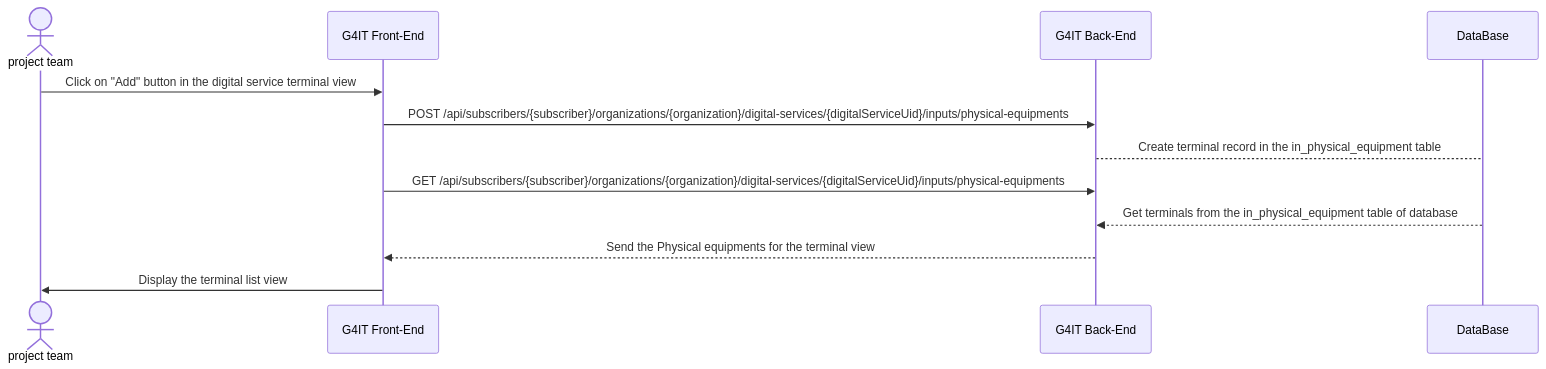
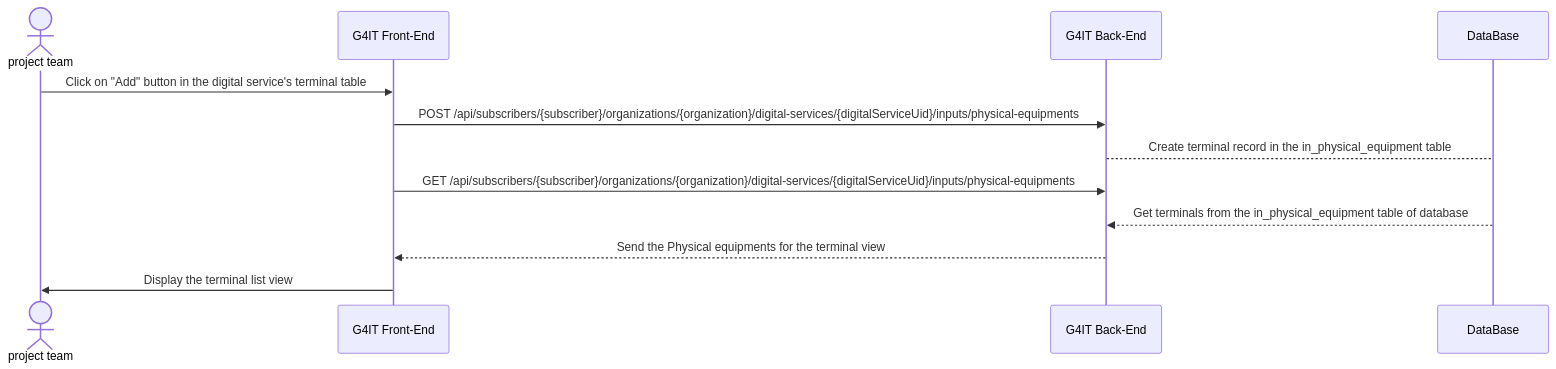
Before and after one commit to teamg4it/g4it: the diagram in services/documentation/content/2-functional-documentation/use_cases/uc_digital_services/uc3_add_visualize_equipments/uc3_add_visualize_terminals.md, drawn with Mermaid. The commit also changed other lines of this file and 67 other files, not shown here.

```diff
--- a/services/documentation/content/2-functional-documentation/use_cases/uc_digital_services/uc3_add_visualize_equipments/uc3_add_visualize_terminals.md
+++ b/services/documentation/content/2-functional-documentation/use_cases/uc_digital_services/uc3_add_visualize_equipments/uc3_add_visualize_terminals.md
@@ -73,17 +73,17 @@
 {{< mermaid >}}
 sequenceDiagram
 
 actor RND as project team
 participant front as G4IT Front-End
 participant back as G4IT Back-End
 participant DataBase
 
-RND ->> front: Click on "Add" button in the digital service terminal view
+RND ->> front: Click on "Add" button in the digital service's terminal table
 front ->> back: POST /api/subscribers/{subscriber}/organizations/{organization}/digital-services/{digitalServiceUid}/inputs/physical-equipments
 back--> DataBase: Create terminal record in the in_physical_equipment table
 front ->> back: GET /api/subscribers/{subscriber}/organizations/{organization}/digital-services/{digitalServiceUid}/inputs/physical-equipments
 DataBase -->> back: Get terminals from the in_physical_equipment table of database
 back -->> front: Send the Physical equipments for the terminal view
 front->> RND : Display the terminal list view
 
 {{< /mermaid >}}
```
